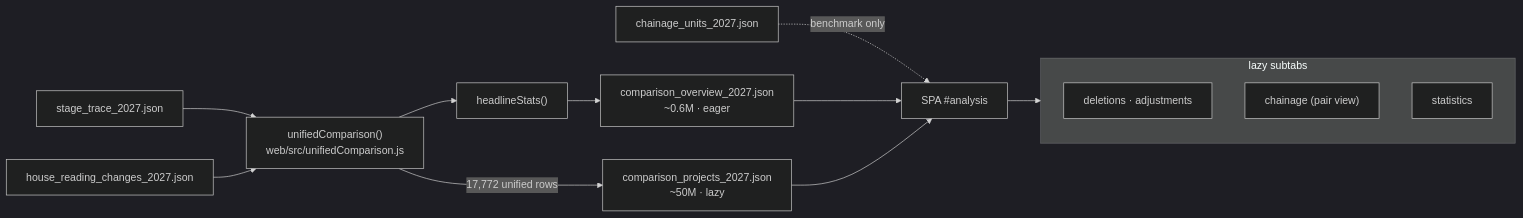
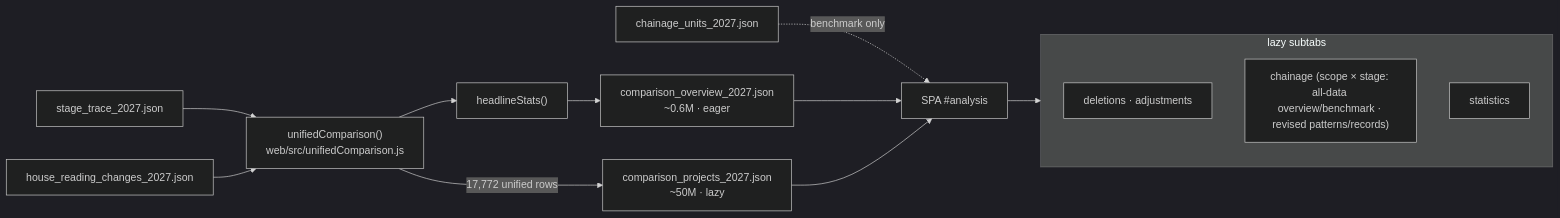
The fifth of 6 diagrams in analysis/docs/data_pipeline.md (csiiiv/DPWH-NEP-HB-2027-ANALYSIS), drawn with Mermaid (dark theme) before and after one commit. The commit also changed other lines of this file and 8 other files, not shown here.

First line of the commit message:
Split chainage analysis into scope×stage views with DEO cohorts and a concept guide.

````diff
--- a/analysis/docs/data_pipeline.md
+++ b/analysis/docs/data_pipeline.md
@@ -233,17 +234,17 @@
 ```mermaid
 flowchart LR
     TRC["stage_trace_2027.json"] --> UC["unifiedComparison()<br/>web/src/unifiedComparison.js"]
     HRD["house_reading_changes_2027.json"] --> UC
     UC -->|"17,772 unified rows"| FULL["comparison_projects_2027.json<br/>~50M · lazy"]
     UC --> HS["headlineStats()"]
     HS --> OV["comparison_overview_2027.json<br/>~0.6M · eager"]
     CHU["chainage_units_2027.json"] -.->|"benchmark only"| SPA
     OV --> SPA["SPA #analysis"]
     FULL --> SPA
     subgraph LAZY["lazy subtabs"]
         DEL["deletions · adjustments"]
-        CHA["chainage (pair view)"]
+        CHA["chainage (scope × stage: all-data overview/benchmark · revised patterns/records)"]
         STA["statistics"]
     end
     SPA --> LAZY
 ```
````
